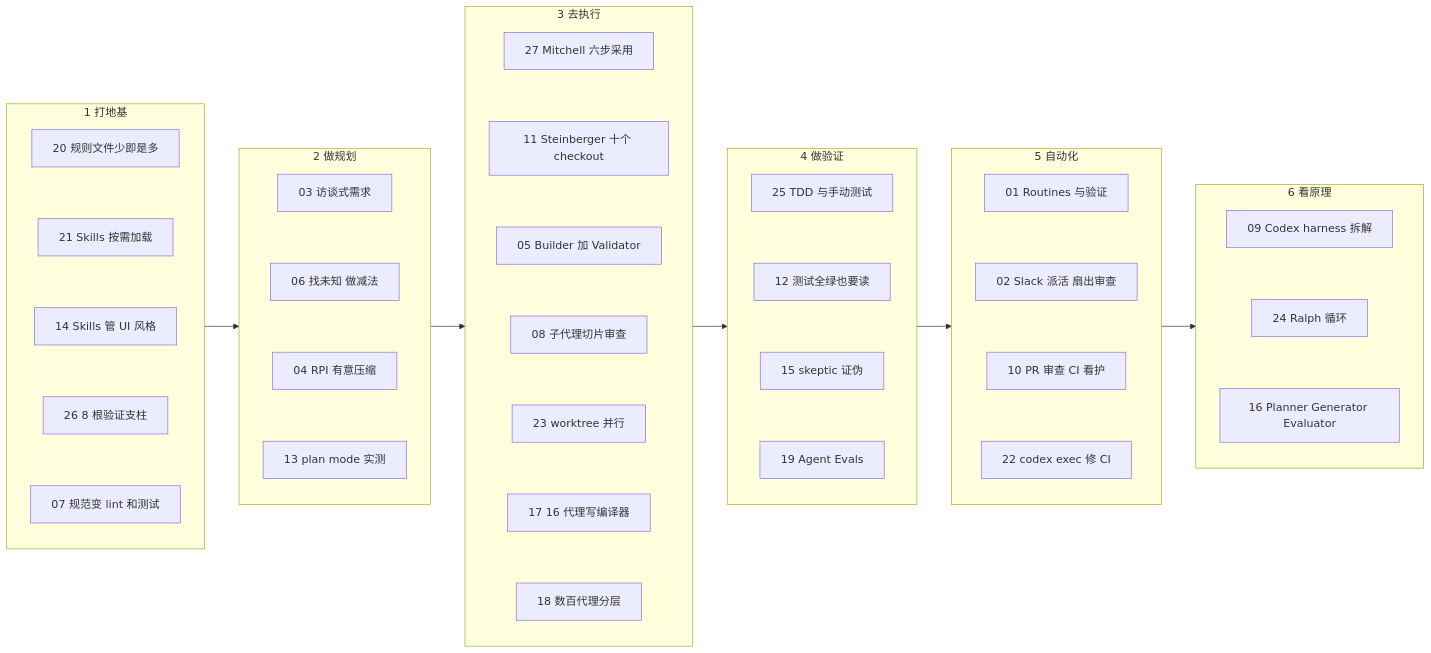
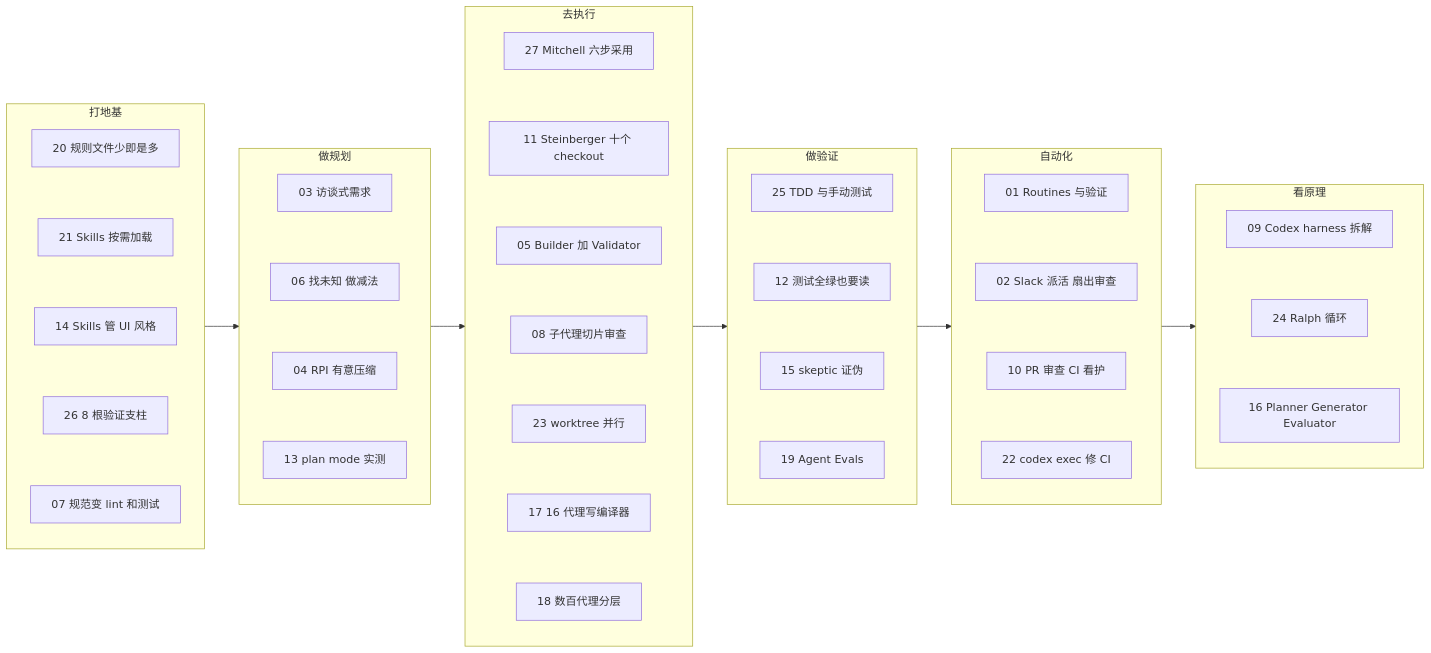
One commit to yzw7489757/ai-coding-videos changed the diagram in docs/index.md. Above: the diagram before and after it, drawn with Mermaid. The commit also changed other lines of this file and 41 other files, not shown here.

````diff
--- a/docs/index.md
+++ b/docs/index.md
@@ -103,70 +103,70 @@
 ```mermaid
 flowchart LR
-  subgraph S1["1 打地基"]
+  subgraph S1["打地基"]
     direction TB
     A20["20 规则文件少即是多"]
     A21["21 Skills 按需加载"]
     A14["14 Skills 管 UI 风格"]
     A26["26 8 根验证支柱"]
     A07["07 规范变 lint 和测试"]
     A20 ~~~ A21
     A21 ~~~ A14
     A14 ~~~ A26
     A26 ~~~ A07
   end
-  subgraph S2["2 做规划"]
+  subgraph S2["做规划"]
     direction TB
     A03["03 访谈式需求"]
     A06["06 找未知 做减法"]
     A04["04 RPI 有意压缩"]
     A13["13 plan mode 实测"]
     A03 ~~~ A06
     A06 ~~~ A04
     A04 ~~~ A13
   end
-  subgraph S3["3 去执行"]
+  subgraph S3["去执行"]
     direction TB
     A27["27 Mitchell 六步采用"]
     A11["11 Steinberger 十个 checkout"]
     A05["05 Builder 加 Validator"]
     A08["08 子代理切片审查"]
     A23["23 worktree 并行"]
     A17["17 16 代理写编译器"]
     A18["18 数百代理分层"]
     A27 ~~~ A11
     A11 ~~~ A05
     A05 ~~~ A08
     A08 ~~~ A23
     A23 ~~~ A17
     A17 ~~~ A18
   end
-  subgraph S4["4 做验证"]
+  subgraph S4["做验证"]
     direction TB
     A25["25 TDD 与手动测试"]
     A12["12 测试全绿也要读"]
     A15["15 skeptic 证伪"]
     A19["19 Agent Evals"]
     A25 ~~~ A12
     A12 ~~~ A15
     A15 ~~~ A19
   end
-  subgraph S5["5 自动化"]
+  subgraph S5["自动化"]
     direction TB
     A01["01 Routines 与验证"]
     A02["02 Slack 派活 扇出审查"]
     A10["10 PR 审查 CI 看护"]
     A22["22 codex exec 修 CI"]
     A01 ~~~ A02
     A02 ~~~ A10
     A10 ~~~ A22
   end
-  subgraph S6["6 看原理"]
+  subgraph S6["看原理"]
     direction TB
     A09["09 Codex harness 拆解"]
     A24["24 Ralph 循环"]
     A16["16 Planner Generator Evaluator"]
     A09 ~~~ A24
     A24 ~~~ A16
   end
   S1 --> S2 --> S3 --> S4 --> S5 --> S6
 ```
````
